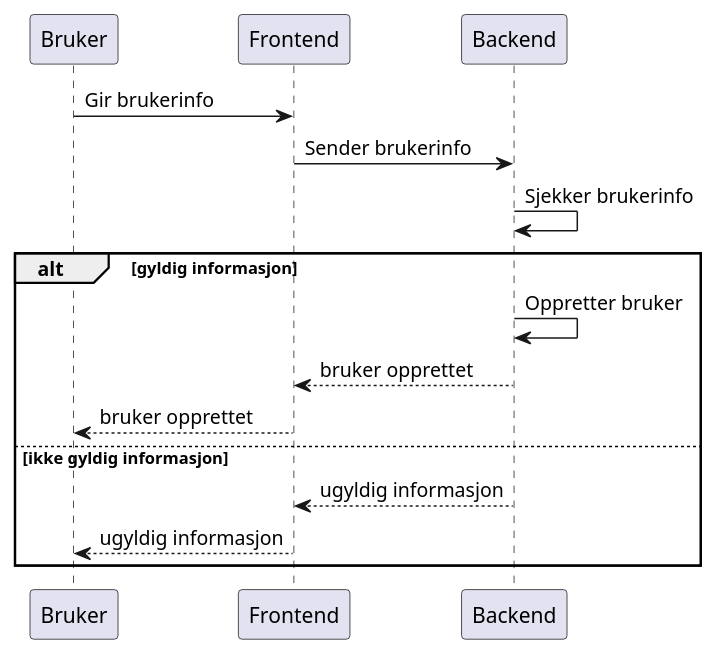
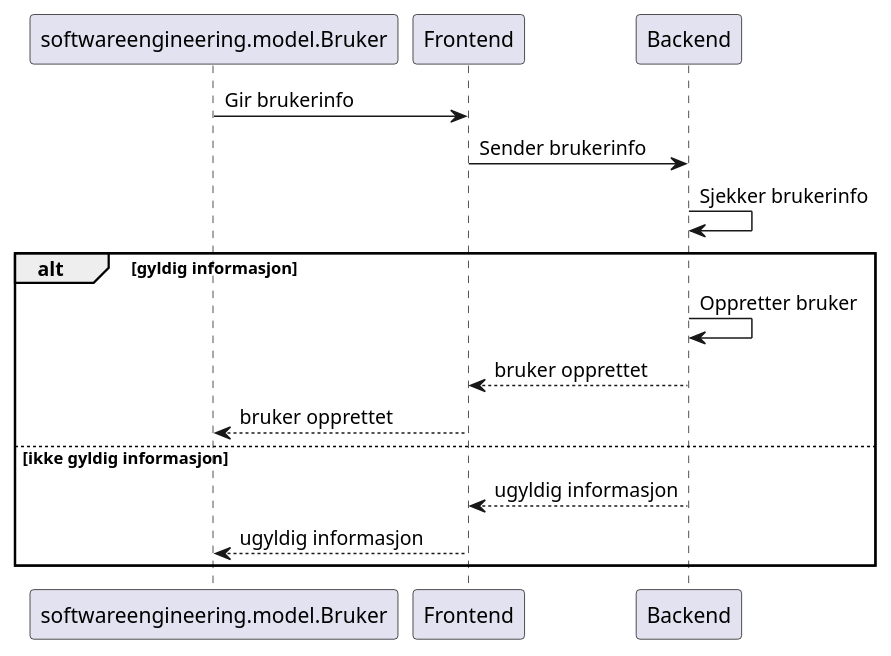
Before and after one commit to GossipDolphin/software_prosjekt_18: the diagram in diagrammer/sekvensdiagrammer/opprette_bruker.puml, drawn with PlantUML. The commit also changed 25 other files, not shown here.

```diff
--- a/diagrammer/sekvensdiagrammer/opprette_bruker.puml
+++ b/diagrammer/sekvensdiagrammer/opprette_bruker.puml
@@ -1,18 +1,18 @@
 @startuml
 
 
-Bruker -> Frontend: Gir brukerinfo
+softwareengineering.model.Bruker -> Frontend: Gir brukerinfo
 Frontend -> Backend: Sender brukerinfo
 Backend -> Backend: Sjekker brukerinfo
 
 alt gyldig informasjon
  Backend -> Backend: Oppretter bruker
  Backend --> Frontend: bruker opprettet
- Frontend --> Bruker: bruker opprettet
+ Frontend --> softwareengineering.model.Bruker: bruker opprettet
 else  ikke gyldig informasjon
  Backend --> Frontend: ugyldig informasjon
- Frontend --> Bruker: ugyldig informasjon
+ Frontend --> softwareengineering.model.Bruker: ugyldig informasjon
 end
 
 
 @enduml
```
